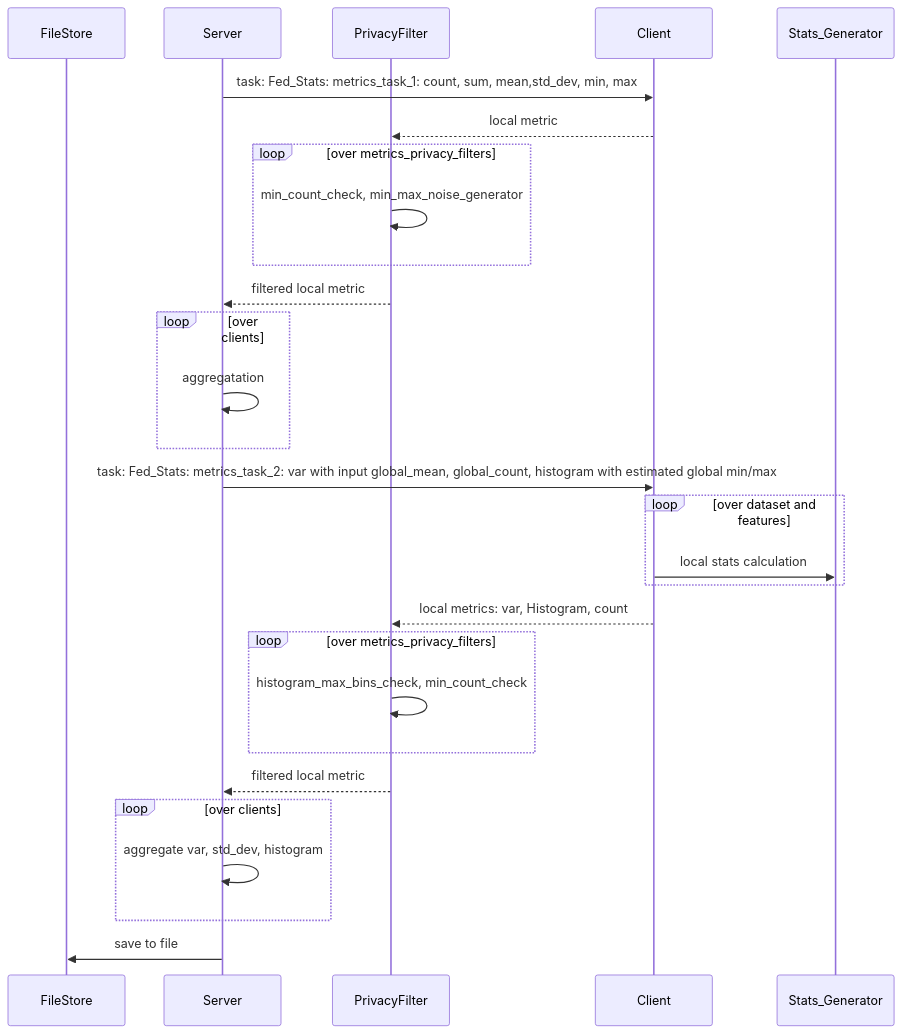
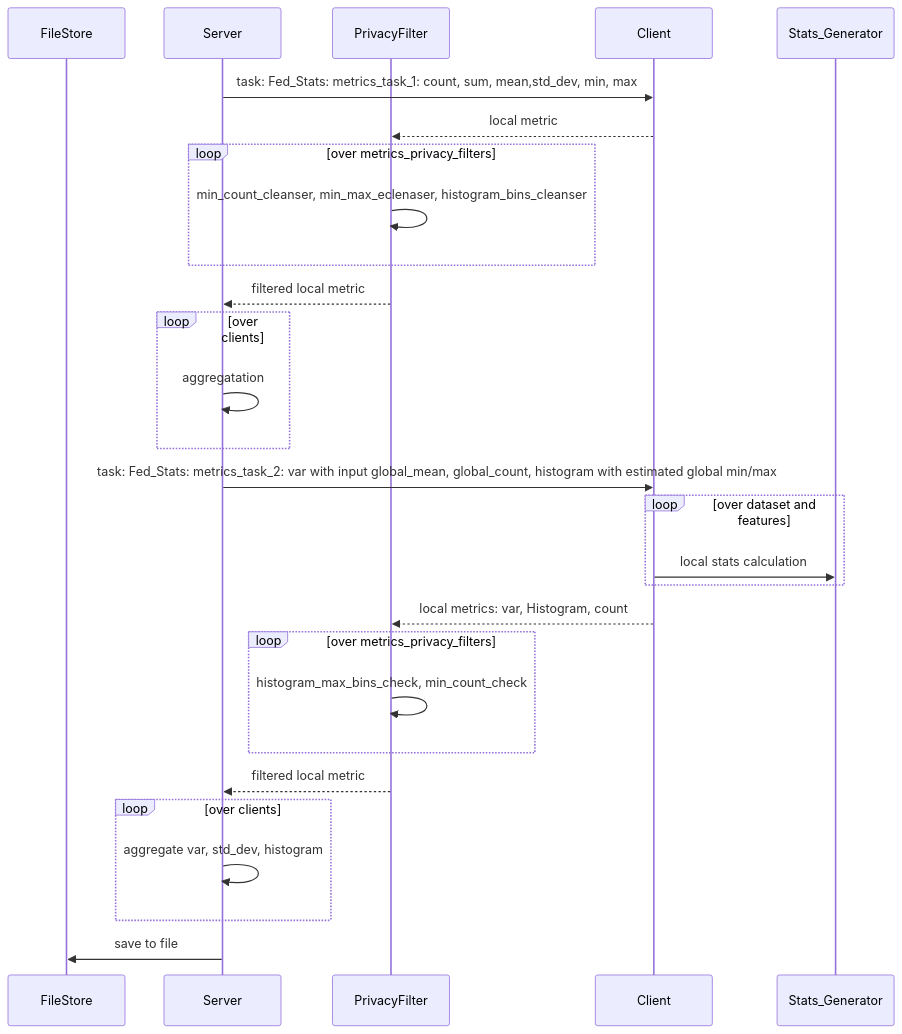
Before and after one commit to NVIDIA/NVFlare: the diagram in examples/federated_statistics/README.md, drawn with Mermaid. The commit also changed 15 other files, not shown here.

Commit message:
1) rename ImageHistogram as ImageStatistics 2) update README.md at examples level 3) update README.md at ImageStatistics 4) rename min_max_noise_generator.py to min_max_cleanser.py 5) add different handing on Inititiation failure types

````diff
--- a/examples/federated_statistics/README.md
+++ b/examples/federated_statistics/README.md
@@ -28,31 +28,31 @@
 ```mermaid
  
 sequenceDiagram
     participant FileStore
     participant Server
     participant PrivacyFilter
     participant Client
     participant Stats_Generator
     Server->>Client: task: Fed_Stats: metrics_task_1: count, sum, mean,std_dev, min, max 
     Client-->>PrivacyFilter: local metric
      loop over metrics_privacy_filters
-        PrivacyFilter->>PrivacyFilter: min_count_check, min_max_noise_generator
+        PrivacyFilter->>PrivacyFilter: min_count_cleanser, min_max_eclenaser, histogram_bins_cleanser
     end
     PrivacyFilter-->>Server: filtered local metric
     loop over clients
         Server->>Server: aggregatation
     end
     Server->>Client:  task: Fed_Stats: metrics_task_2: var with input global_mean, global_count, histogram with estimated global min/max
     loop over dataset and features
        Client->>Stats_Generator: local stats calculation
     end
     Client-->>PrivacyFilter: local metrics: var, Histogram, count
     loop over metrics_privacy_filters
         PrivacyFilter->>PrivacyFilter: histogram_max_bins_check, min_count_check
     end
     PrivacyFilter-->>Server: filtered local metric    
     loop over clients
         Server->>Server: aggregate var, std_dev, histogram
     end
     Server->>FileStore: save to file
 ```
````
